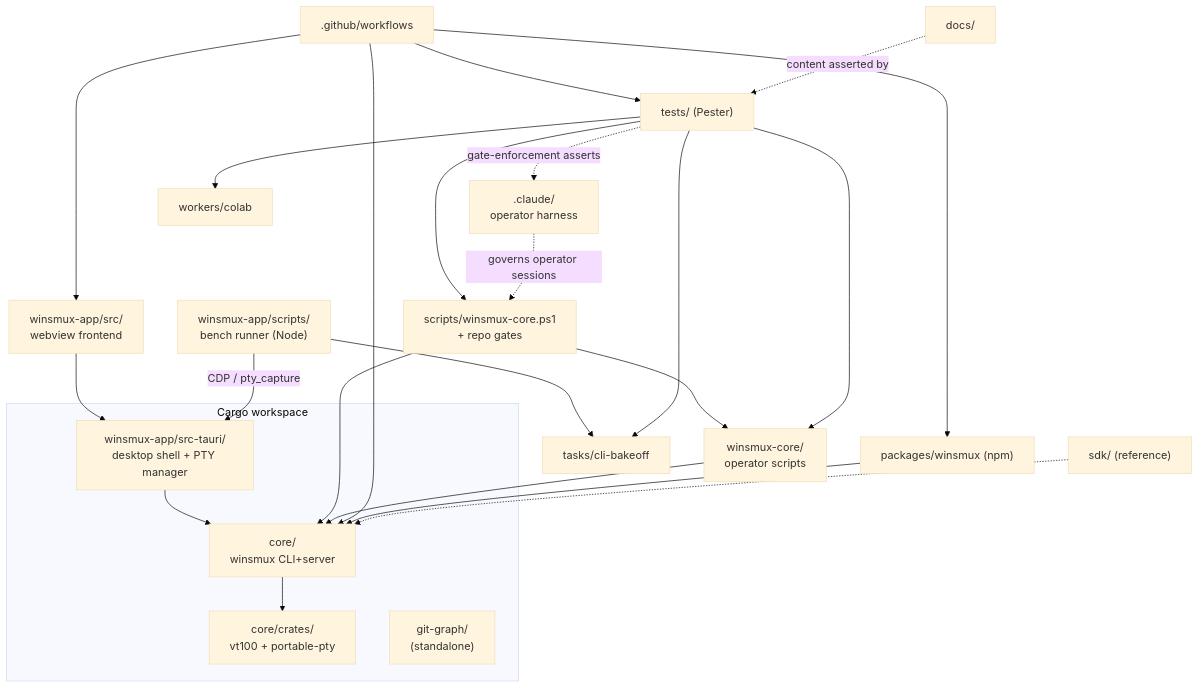
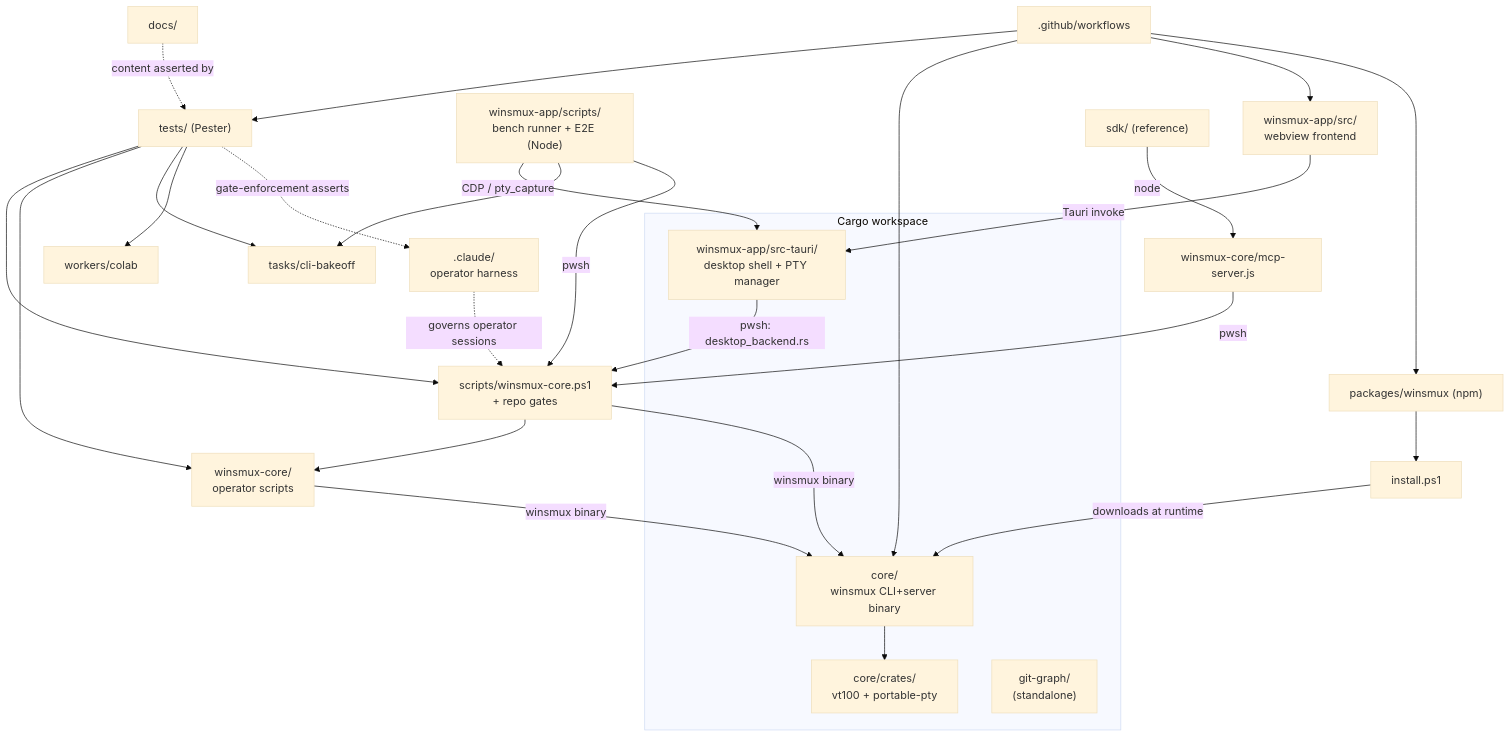
One commit to Sora-bluesky/winsmux changed the diagram in docs/project/component-map.md. Above: the diagram before and after it, drawn with Mermaid (base theme). The commit also changed other lines of this file and 2 other files, not shown here.

Commit message:
docs(project): first-source-verify all edges; fix tauri/core, npm, sdk edges; allowlist + classify component-map

````diff
--- a/docs/project/component-map.md
+++ b/docs/project/component-map.md
@@ -34,43 +36,48 @@
 ```mermaid
 graph TD
     subgraph rust["Cargo workspace"]
-      core["core/<br/>winsmux CLI+server"]
+      core["core/<br/>winsmux CLI+server binary"]
       crates["core/crates/<br/>vt100 + portable-pty"]
       gitgraph["git-graph/<br/>(standalone)"]
       tauri["winsmux-app/src-tauri/<br/>desktop shell + PTY manager"]
     end
     frontend["winsmux-app/src/<br/>webview frontend"]
-    runner["winsmux-app/scripts/<br/>bench runner (Node)"]
+    runner["winsmux-app/scripts/<br/>bench runner + E2E (Node)"]
     wcore["winsmux-core/<br/>operator scripts"]
+    mcpserver["winsmux-core/mcp-server.js"]
     claude[".claude/<br/>operator harness"]
     bridge["scripts/winsmux-core.ps1<br/>+ repo gates"]
     pester["tests/ (Pester)"]
     ci[".github/workflows"]
     pack["tasks/cli-bakeoff"]
     npmpkg["packages/winsmux (npm)"]
+    installer["install.ps1"]
     docs["docs/"]
     sdk["sdk/ (reference)"]
     colab["workers/colab"]
 
     core --> crates
-    tauri --> core
-    frontend --> tauri
+    frontend -->|Tauri invoke| tauri
     runner -->|CDP / pty_capture| tauri
     runner --> pack
-    bridge --> core
+    runner -->|pwsh| bridge
+    tauri -->|pwsh: desktop_backend.rs| bridge
+    bridge -->|winsmux binary| core
     bridge --> wcore
-    wcore --> core
+    wcore -->|winsmux binary| core
+    mcpserver -->|pwsh| bridge
+    sdk -->|node| mcpserver
     pester --> bridge
     pester --> wcore
     pester --> pack
     pester --> colab
     ci --> pester
     ci --> core
     ci --> frontend
     ci --> npmpkg
-    npmpkg --> core
+    npmpkg --> installer
+    installer -->|downloads at runtime| core
     claude -.->|governs operator sessions| bridge
+    pester -.->|gate-enforcement asserts| claude
     docs -.->|content asserted by| pester
-    pester -.->|gate-enforcement asserts| claude
-    sdk -.-> core
 ```
````
